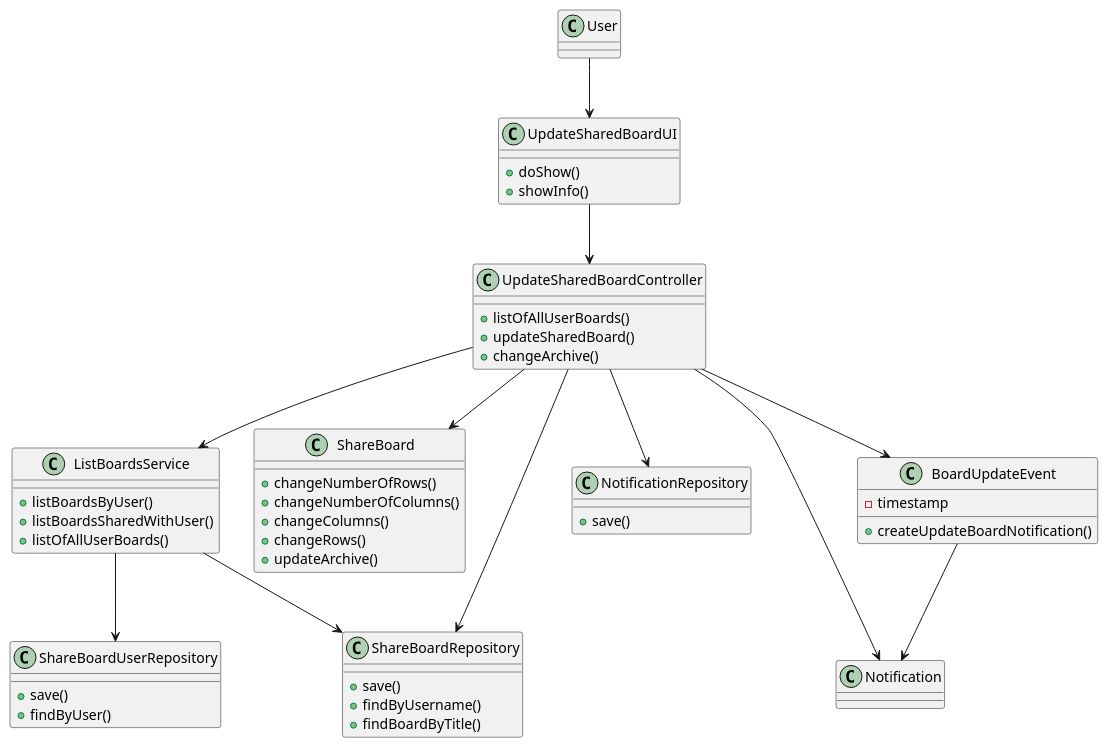
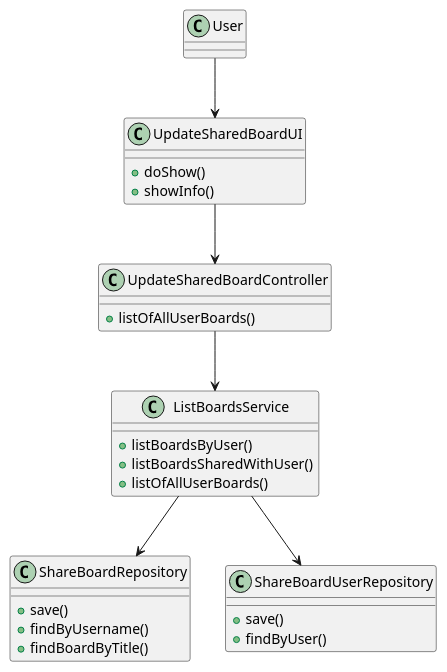
Before and after one commit to mascenso/isep-sem4-lapr4: the diagram in docs/SPRINT C/US3005 - View shared board updates/US3005-CD.puml, drawn with PlantUML. The commit also changed 15 other files, not shown here.

```diff
--- a/docs/SPRINT C/US3005 - View shared board updates/US3005-CD.puml
+++ b/docs/SPRINT C/US3005 - View shared board updates/US3005-CD.puml
@@ -1,67 +1,39 @@
 @startuml
 
 class User
 
 class UpdateSharedBoardUI {
     +doShow()
     +showInfo()
 }
 
 class UpdateSharedBoardController {
     +listOfAllUserBoards()
-    +updateSharedBoard()
-    +changeArchive()
 }
 
 class ListBoardsService {
     +listBoardsByUser()
     +listBoardsSharedWithUser()
     +listOfAllUserBoards()
 }
 
-class ShareBoard {
-    +changeNumberOfRows()
-    +changeNumberOfColumns()
-    +changeColumns()
-    +changeRows()
-    +updateArchive()
-}
-
-
-class Notification {
-}
-
-class NotificationRepository{
-    +save()
-}
 
 class ShareBoardRepository{
     +save()
     +findByUsername()
     +findBoardByTitle()
 }
 
 class ShareBoardUserRepository{
     +save()
     +findByUser()
 }
 
 
-class BoardUpdateEvent{
-    -timestamp
-    +createUpdateBoardNotification()
-}
-
 
 User-->UpdateSharedBoardUI
 UpdateSharedBoardUI-->UpdateSharedBoardController
 UpdateSharedBoardController-->ListBoardsService
-UpdateSharedBoardController-->ShareBoard
-UpdateSharedBoardController-->Notification
-UpdateSharedBoardController-->BoardUpdateEvent
-UpdateSharedBoardController-->NotificationRepository
-UpdateSharedBoardController-->ShareBoardRepository
 ListBoardsService-->ShareBoardRepository
 ListBoardsService-->ShareBoardUserRepository
-BoardUpdateEvent-->Notification
 @enduml
```
